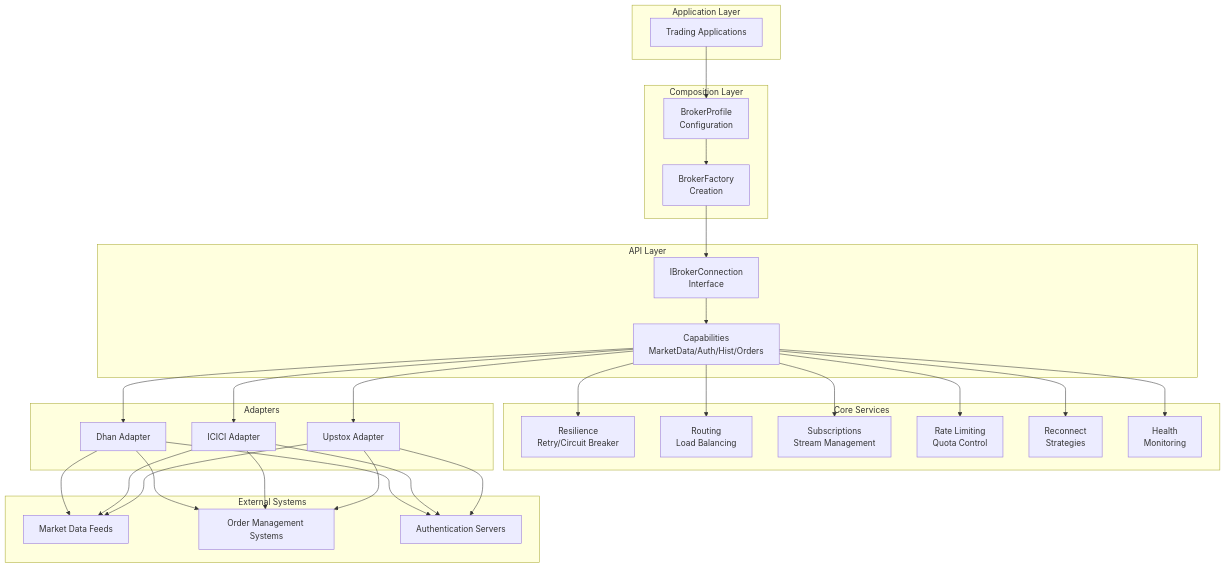
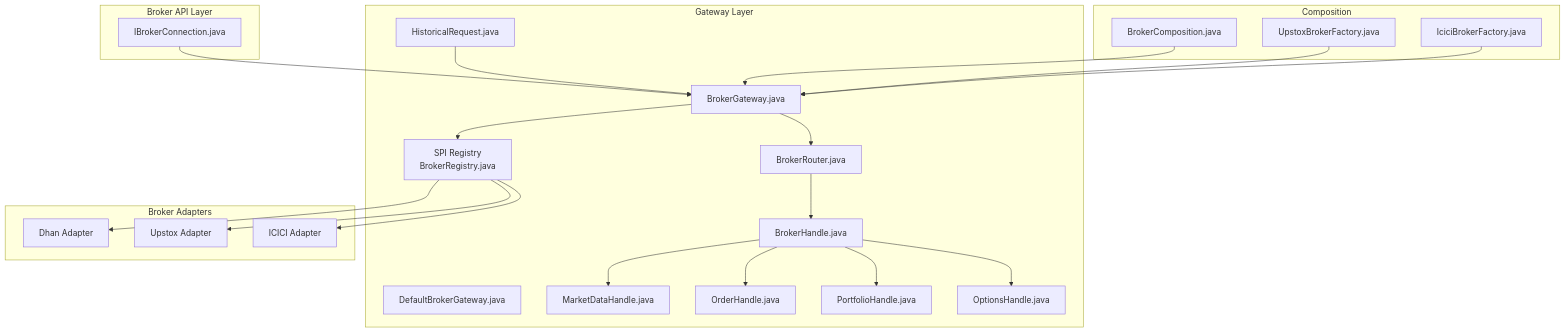
The first of 7 diagrams in .qoder/repowiki/en/content/Broker Integration System/Broker Integration System.md (Ganesh-Kusundal/Trade_J), drawn with Mermaid before and after one commit. The commit also changed other lines of this file and 1178 other files, not shown here.

````diff
--- a/.qoder/repowiki/en/content/Broker Integration System/Broker Integration System.md
+++ b/.qoder/repowiki/en/content/Broker Integration System/Broker Integration System.md
@@ -136,54 +103,43 @@
 ```mermaid
 graph TB
-subgraph "Application Layer"
-APP["Trading Applications"]
+subgraph "Broker API Layer"
+IB["IBrokerConnection.java"]
 end
-subgraph "Composition Layer"
-BP["BrokerProfile<br/>Configuration"]
-BF["BrokerFactory<br/>Creation"]
+subgraph "Gateway Layer"
+BG["BrokerGateway.java"]
+DBG["DefaultBrokerGateway.java"]
+BR["BrokerRouter.java"]
+BH["BrokerHandle.java"]
+MBH["MarketDataHandle.java"]
+OBH["OrderHandle.java"]
+PBH["PortfolioHandle.java"]
+OPH["OptionsHandle.java"]
+HR["HistoricalRequest.java"]
+SPI["SPI Registry<br/>BrokerRegistry.java"]
 end
-subgraph "API Layer"
-IBC["IBrokerConnection<br/>Interface"]
-CAP["Capabilities<br/>MarketData/Auth/Hist/Orders"]
+subgraph "Broker Adapters"
+D["Dhan Adapter"]
+U["Upstox Adapter"]
+I["ICICI Adapter"]
 end
-subgraph "Core Services"
-RES["Resilience<br/>Retry/Circuit Breaker"]
-RTG["Routing<br/>Load Balancing"]
-SUB["Subscriptions<br/>Stream Management"]
-RLT["Rate Limiting<br/>Quota Control"]
-REC["Reconnect<br/>Strategies"]
-HLT["Health<br/>Monitoring"]
+subgraph "Composition"
+BC["BrokerComposition.java"]
+UBF["UpstoxBrokerFactory.java"]
+ICF["IciciBrokerFactory.java"]
 end
-subgraph "Adapters"
-DHA["Dhan Adapter"]
-ICI["ICICI Adapter"]
-UPS["Upstox Adapter"]
-end
-subgraph "External Systems"
-EX1["Market Data Feeds"]
-EX2["Order Management Systems"]
-EX3["Authentication Servers"]
-end
-APP --> BP
-BP --> BF
-BF --> IBC
-IBC --> CAP
-CAP --> RES
-CAP --> RTG
-CAP --> SUB
-CAP --> RLT
-CAP --> REC
-CAP --> HLT
-CAP --> DHA
-CAP --> ICI
-CAP --> UPS
-DHA --> EX1
-DHA --> EX2
-DHA --> EX3
-ICI --> EX1
-ICI --> EX2
-ICI --> EX3
-UPS --> EX1
-UPS --> EX2
-UPS --> EX3
+IB --> BG
+BG --> BR
+BG --> SPI
+SPI --> D
+SPI --> U
+SPI --> I
+BR --> BH
+BH --> MBH
+BH --> OBH
+BH --> PBH
+BH --> OPH
+HR --> BG
+BC --> BG
+UBF --> BG
+ICF --> BG
 ```
````
